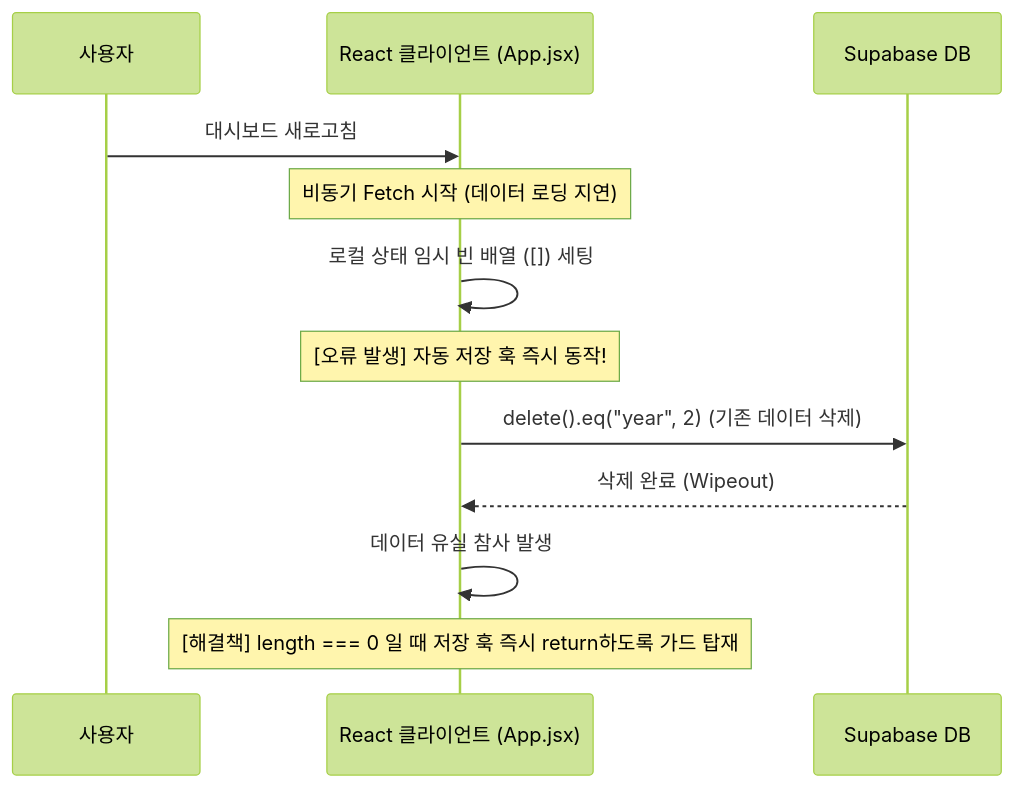
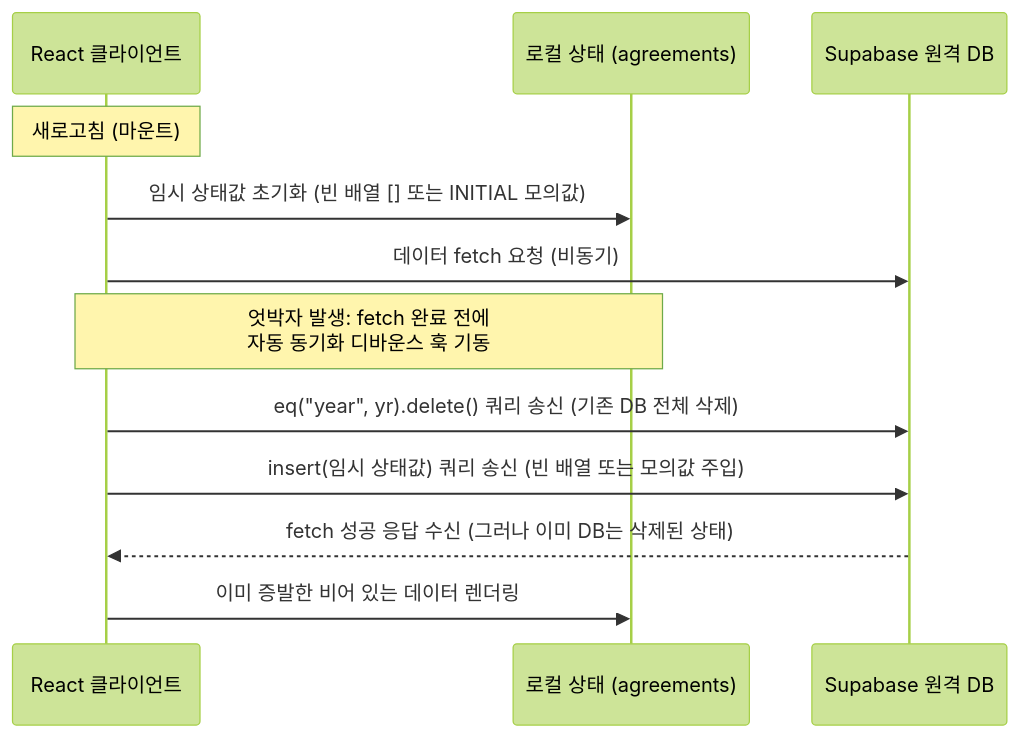
The diagram in presentation_dashboard_retrospective.md (SKY6174/AnchorIR), drawn with Mermaid (forest theme) before and after one commit. The commit also changed other lines of this file, not shown here.

Commit message:
docs: 새로고침 데이터 유실 원인 분석 및 재발방지 가이드라인 회고록 추가

````diff
--- a/presentation_dashboard_retrospective.md
+++ b/presentation_dashboard_retrospective.md
@@ -71,15 +19,18 @@
 ```mermaid
 sequenceDiagram
-    participant User as 사용자
-    participant App as React 클라이언트 (App.jsx)
-    participant DB as Supabase DB
-
-    User->>App: 대시보드 새로고침
-    Note over App: 비동기 Fetch 시작 (데이터 로딩 지연)
-    App->>App: 로컬 상태 임시 빈 배열 ([]) 세팅
-    Note over App: [오류 발생] 자동 저장 훅 즉시 동작!
-    App->>DB: delete().eq("year", 2) (기존 데이터 삭제)
-    DB-->>App: 삭제 완료 (Wipeout)
-    App->>App: 데이터 유실 참사 발생
-    Note over App: [해결책] length === 0 일 때 저장 훅 즉시 return하도록 가드 탑재
+    participant FE as React 클라이언트
+    participant Local as 로컬 상태 (agreements)
+    participant DB as Supabase 원격 DB
+    
+    Note over FE: 새로고침 (마운트)
+    FE->>Local: 임시 상태값 초기화 (빈 배열 [] 또는 INITIAL 모의값)
+    FE->>DB: 데이터 fetch 요청 (비동기)
+    
+    Note over FE, Local: 엇박자 발생: fetch 완료 전에<br/>자동 동기화 디바운스 훅 기동
+    
+    FE->>DB: eq("year", yr).delete() 쿼리 송신 (기존 DB 전체 삭제)
+    FE->>DB: insert(임시 상태값) 쿼리 송신 (빈 배열 또는 모의값 주입)
+    
+    DB-->>FE: fetch 성공 응답 수신 (그러나 이미 DB는 삭제된 상태)
+    FE->>Local: 이미 증발한 비어 있는 데이터 렌더링
 ```
````
